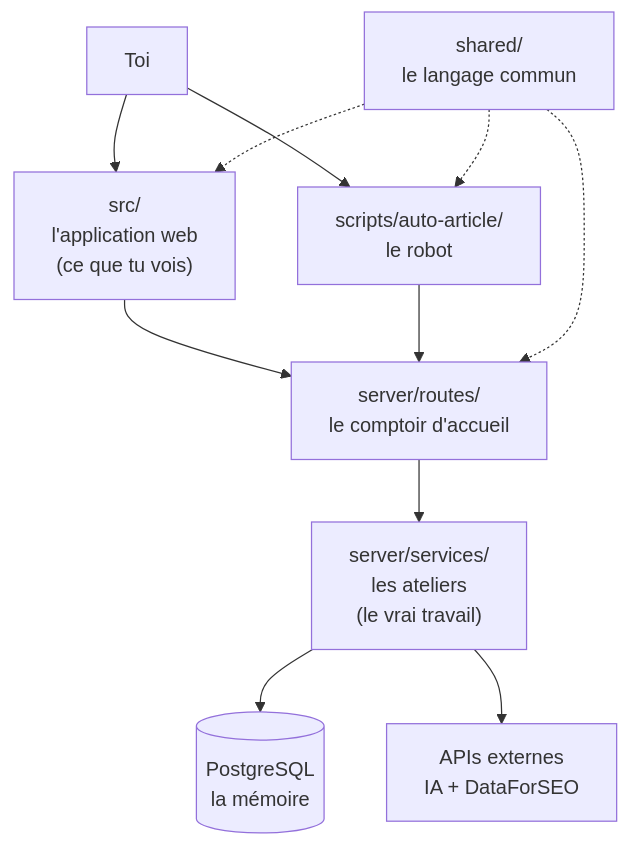
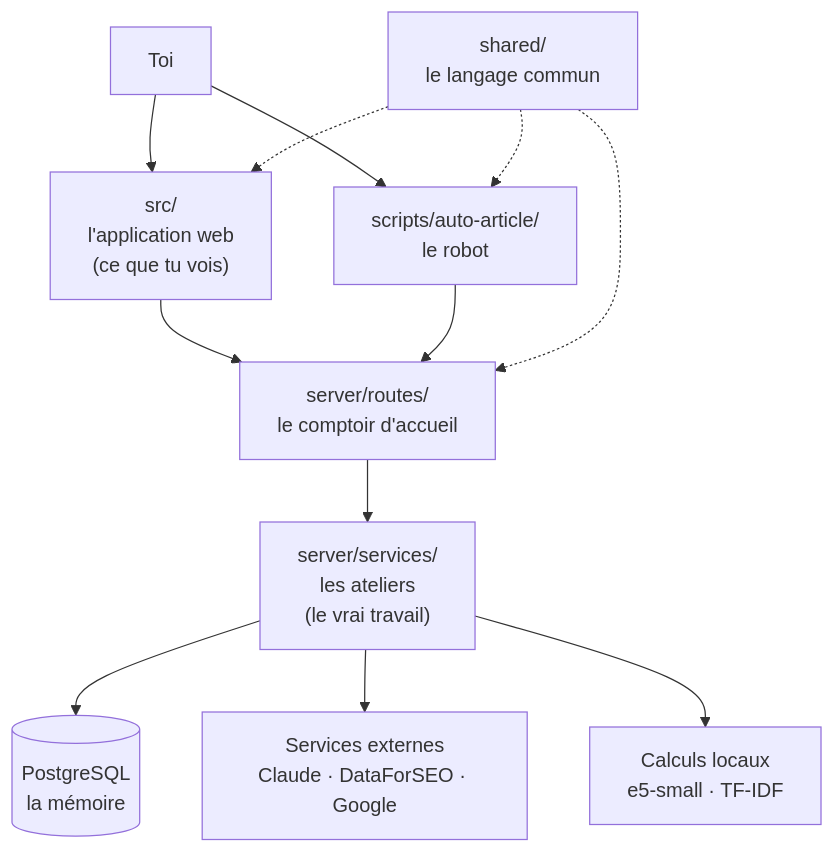
One commit to annubis-knight/Blog_Redactor_SEO changed the first of 5 diagrams in GUIDE-02-ARCHITECTURE.md. Above: the diagram before and after it, drawn with Mermaid. The commit also changed other lines of this file and 3 other files, not shown here.

````diff
--- a/GUIDE-02-ARCHITECTURE.md
+++ b/GUIDE-02-ARCHITECTURE.md
@@ -11,13 +11,14 @@
 ```mermaid
 flowchart TD
   U["Toi"] --> FRONT["src/<br/>l'application web<br/>(ce que tu vois)"]
   U --> CLI["scripts/auto-article/<br/>le robot"]
   FRONT --> API["server/routes/<br/>le comptoir d'accueil"]
   CLI --> API
   API --> SVC["server/services/<br/>les ateliers<br/>(le vrai travail)"]
   SVC --> DB[("PostgreSQL<br/>la mémoire")]
-  SVC --> EXT["APIs externes<br/>IA + DataForSEO"]
+  SVC --> EXT["Services externes<br/>Claude · DataForSEO · Google"]
+  SVC --> LOC["Calculs locaux<br/>e5-small · TF-IDF"]
   SHARED["shared/<br/>le langage commun"] -.-> FRONT
   SHARED -.-> API
   SHARED -.-> CLI
 ```
````
